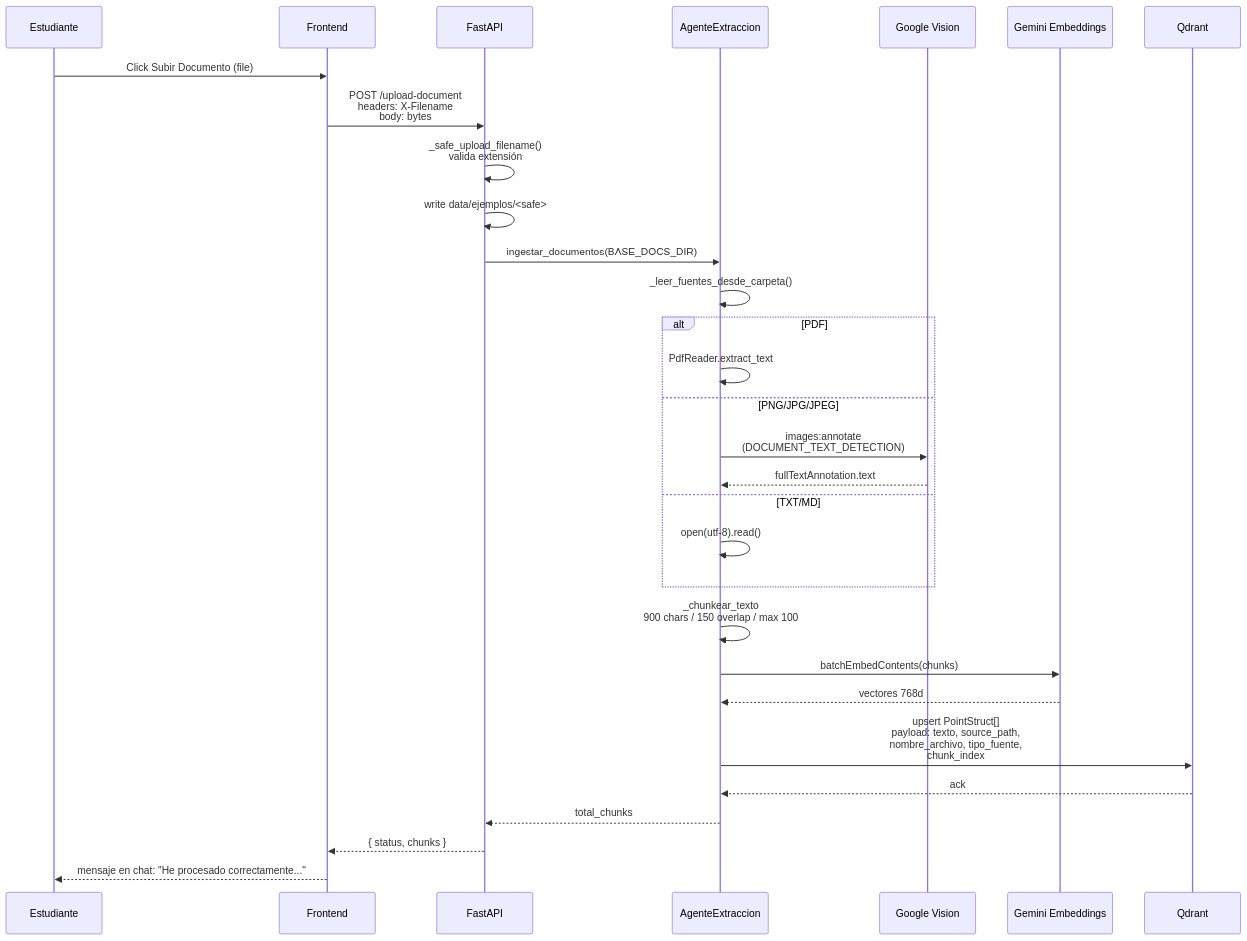
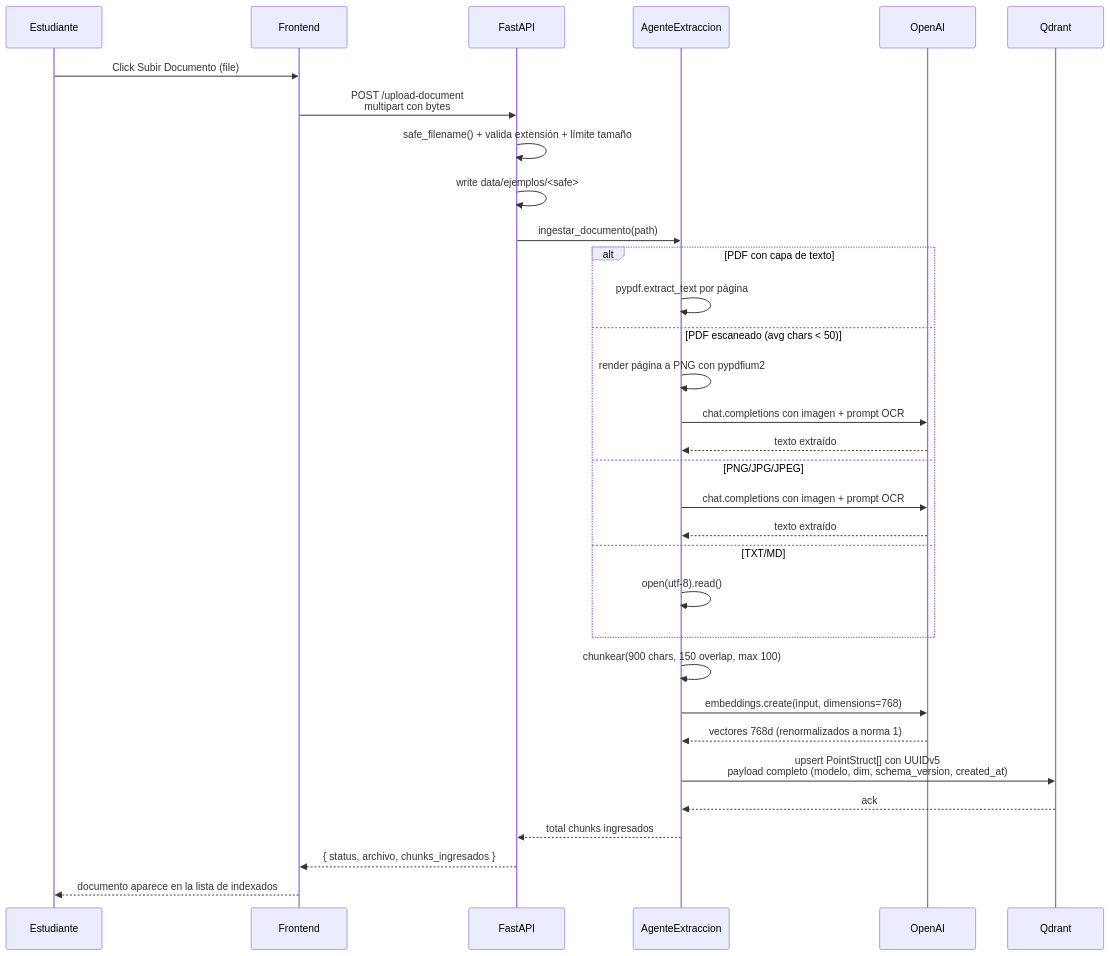
The second of 6 diagrams in docs/academic/Flujo_Interaccion_Usuario_Sistema.md (imlozano/mentor-ia-v2), drawn with Mermaid before and after one commit. The commit also changed other lines of this file and 6 other files, not shown here.

````diff
--- a/docs/academic/Flujo_Interaccion_Usuario_Sistema.md
+++ b/docs/academic/Flujo_Interaccion_Usuario_Sistema.md
@@ -159,32 +162,34 @@
 ```mermaid
 sequenceDiagram
     participant U as Estudiante
     participant FE as Frontend
     participant BE as FastAPI
     participant AE as AgenteExtraccion
-    participant V as Google Vision
-    participant G as Gemini Embeddings
+    participant OAI as OpenAI
     participant Q as Qdrant
     U->>FE: Click Subir Documento (file)
-    FE->>BE: POST /upload-document<br/>headers: X-Filename<br/>body: bytes
-    BE->>BE: _safe_upload_filename()<br/>valida extensión
+    FE->>BE: POST /upload-document<br/>multipart con bytes
+    BE->>BE: safe_filename() + valida extensión + límite tamaño
     BE->>BE: write data/ejemplos/<safe>
-    BE->>AE: ingestar_documentos(BASE_DOCS_DIR)
-    AE->>AE: _leer_fuentes_desde_carpeta()
-    alt PDF
-        AE->>AE: PdfReader.extract_text
+    BE->>AE: ingestar_documento(path)
+    alt PDF con capa de texto
+        AE->>AE: pypdf.extract_text por página
+    else PDF escaneado (avg chars < 50)
+        AE->>AE: render página a PNG con pypdfium2
+        AE->>OAI: chat.completions con imagen + prompt OCR
+        OAI-->>AE: texto extraído
     else PNG/JPG/JPEG
-        AE->>V: images:annotate<br/>(DOCUMENT_TEXT_DETECTION)
-        V-->>AE: fullTextAnnotation.text
+        AE->>OAI: chat.completions con imagen + prompt OCR
+        OAI-->>AE: texto extraído
     else TXT/MD
         AE->>AE: open(utf-8).read()
     end
-    AE->>AE: _chunkear_texto<br/>900 chars / 150 overlap / max 100
-    AE->>G: batchEmbedContents(chunks)
-    G-->>AE: vectores 768d
-    AE->>Q: upsert PointStruct[]<br/>payload: texto, source_path,<br/>nombre_archivo, tipo_fuente,<br/>chunk_index
+    AE->>AE: chunkear(900 chars, 150 overlap, max 100)
+    AE->>OAI: embeddings.create(input, dimensions=768)
+    OAI-->>AE: vectores 768d (renormalizados a norma 1)
+    AE->>Q: upsert PointStruct[] con UUIDv5<br/>payload completo (modelo, dim, schema_version, created_at)
     Q-->>AE: ack
-    AE-->>BE: total_chunks
-    BE-->>FE: { status, chunks }
-    FE-->>U: mensaje en chat: "He procesado correctamente..."
+    AE-->>BE: total chunks ingresados
+    BE-->>FE: { status, archivo, chunks_ingresados }
+    FE-->>U: documento aparece en la lista de indexados
 ```
````
